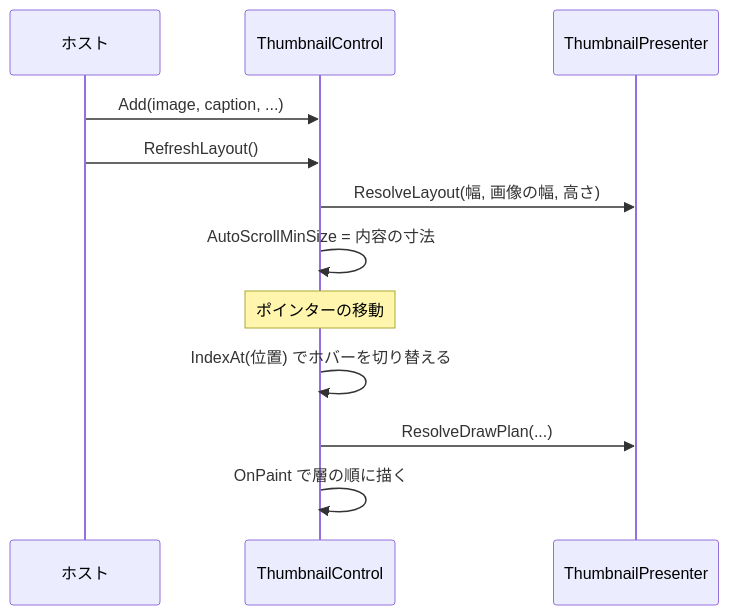
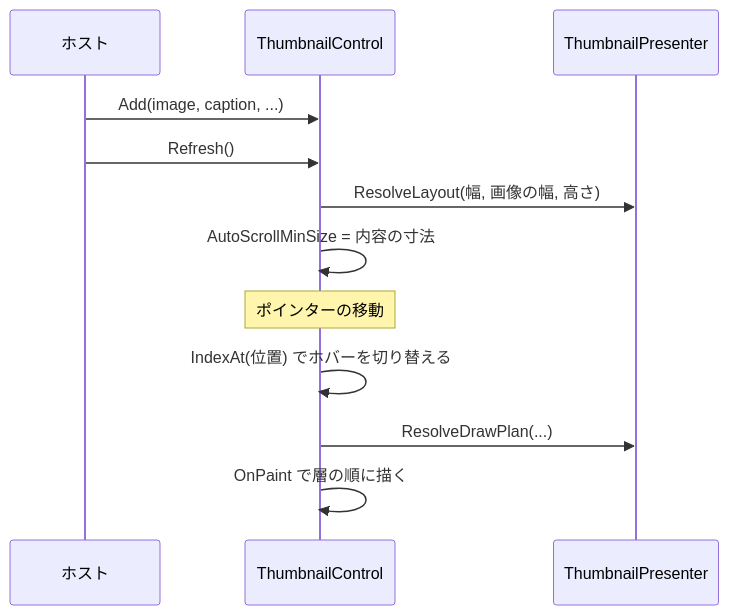
One commit to tomokuni/EsUtil changed the third of 3 diagrams in EsUtil.Ui.WinForms/Thumbnail/docs/SPEC_System.md. Above: the diagram before and after it, drawn with Mermaid. The commit also changed other lines of this file and 24 other files, not shown here.

````diff
--- a/EsUtil.Ui.WinForms/Thumbnail/docs/SPEC_System.md
+++ b/EsUtil.Ui.WinForms/Thumbnail/docs/SPEC_System.md
@@ -139,15 +139,15 @@
 ```mermaid
 sequenceDiagram
     participant Host as ホスト
     participant Control as ThumbnailControl
     participant Presenter as ThumbnailPresenter
 
     Host->>Control: Add(image, caption, ...)
-    Host->>Control: RefreshLayout()
+    Host->>Control: Refresh()
     Control->>Presenter: ResolveLayout(幅, 画像の幅, 高さ)
     Control->>Control: AutoScrollMinSize = 内容の寸法
     Note over Control: ポインターの移動
     Control->>Control: IndexAt(位置) でホバーを切り替える
     Control->>Presenter: ResolveDrawPlan(...)
     Control->>Control: OnPaint で層の順に描く
 ```
````
